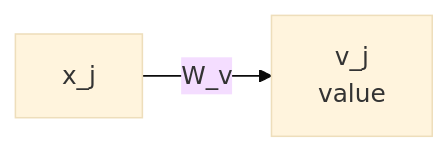
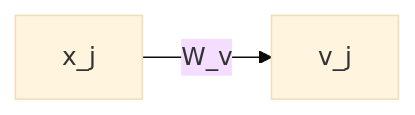
Before and after one commit to rioultf/rioultf.github.io: the ninth of 11 diagrams in llm/00.Model.md, drawn with Mermaid (base theme). The commit also changed other lines of this file and 4 other files, not shown here.

````diff
--- a/llm/00.Model.md
+++ b/llm/00.Model.md
@@ -215,4 +247,4 @@
 ```mermaid
 flowchart LR
-    xj[x_j] -->|W_v| vj[v_j\nvalue]
+    xj[x_j] -->|W_v| vj[v_j]
 ```
````
